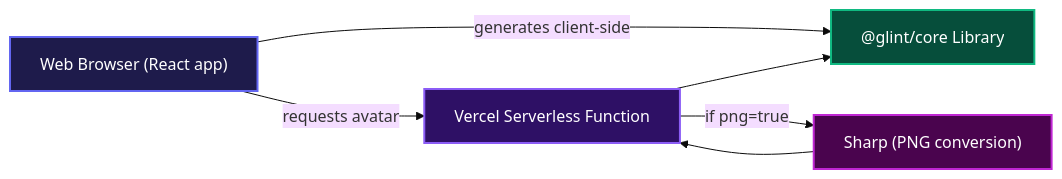
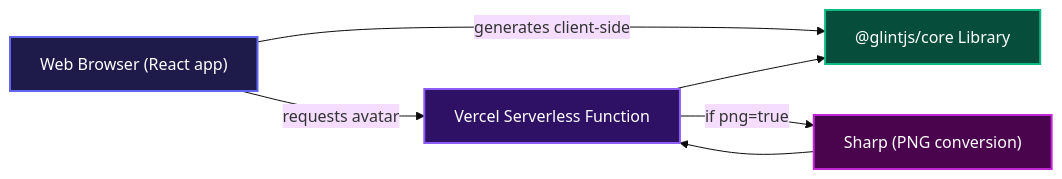
One commit to Charmingdc/glint changed the first of 3 diagrams in apps/web/README.md. Above: the diagram before and after it, drawn with Mermaid (base theme). The commit also changed other lines of this file and 34 other files, not shown here.

````diff
--- a/apps/web/README.md
+++ b/apps/web/README.md
@@ -11,18 +11,18 @@
 ```mermaid
 flowchart LR
     Browser["Web Browser (React app)"]
     VercelAPI["Vercel Serverless Function"]
-    Core["@glint/core Library"]
+    Core["@glintjs/core Library"]
     Sharp["Sharp (PNG conversion)"]
 
     Browser -- "generates client‑side" --> Core
     Browser -- "requests avatar" --> VercelAPI
     VercelAPI --> Core
     VercelAPI -- "if png=true" --> Sharp
     Sharp --> VercelAPI
 
     style Browser fill:#1e1b4b,stroke:#6366f1,stroke-width:2px,color:#fff
     style VercelAPI fill:#2e1065,stroke:#8b5cf6,stroke-width:2px,color:#fff
     style Core fill:#064e3b,stroke:#10b981,stroke-width:2px,color:#fff
     style Sharp fill:#4a044e,stroke:#c026d3,stroke-width:2px,color:#fff
 ```
````
